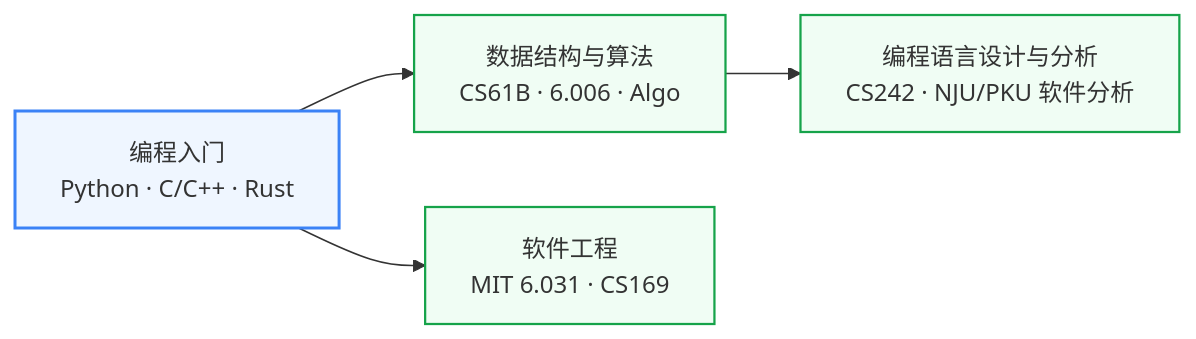
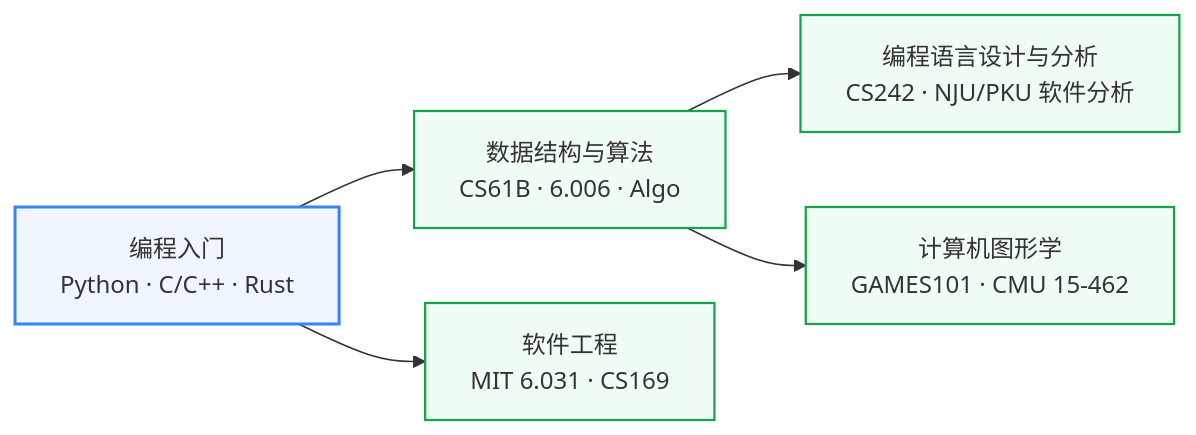
The diagram in docs/课程资源/算法编程/index.md (Crys-Chen/ic-guide), drawn with Mermaid before and after one commit. The commit also changed other lines of this file and 19 other files, not shown here.

First line of the commit message:
refactor: 计算机图形学从一级目录降级,并入算法编程

````diff
--- a/docs/课程资源/算法编程/index.md
+++ b/docs/课程资源/算法编程/index.md
@@ -7,11 +7,12 @@
 ```mermaid
 graph LR
     A["编程入门<br/>Python · C/C++ · Rust"] --> B["数据结构与算法<br/>CS61B · 6.006 · Algo"]
     B --> C["编程语言设计与分析<br/>CS242 · NJU/PKU 软件分析"]
     A --> D["软件工程<br/>MIT 6.031 · CS169"]
+    B --> E["计算机图形学<br/>GAMES101 · CMU 15-462"]
 
     classDef foundation fill:#EFF6FF,stroke:#3B82F6,stroke-width:2px
     classDef advanced fill:#F0FDF4,stroke:#16A34A,stroke-width:1.5px
     class A foundation
-    class B,C,D advanced
+    class B,C,D,E advanced
 ```
````
